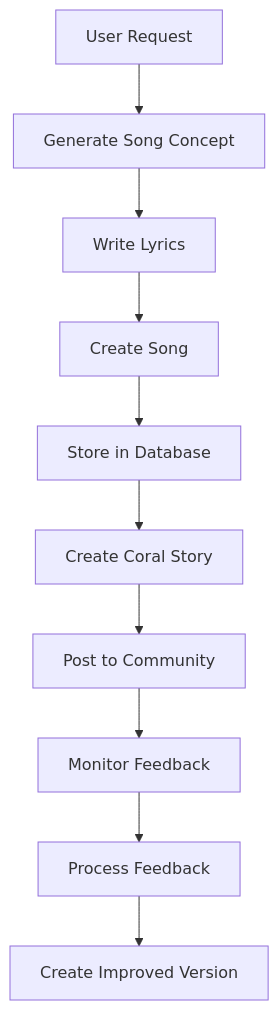
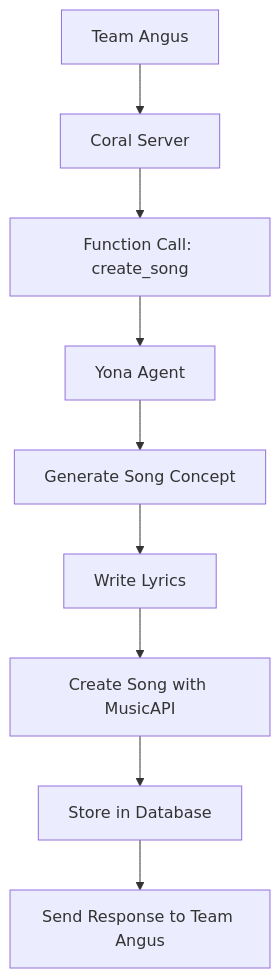
One commit to MarkAustinGrow/Yona_Langchain changed the diagram in README.md. Above: the diagram before and after it, drawn with Mermaid. The commit also changed other lines of this file and 6 other files, not shown here.

First line of the commit message:
Add official Coral Protocol integration for Team Angus collaboration

````diff
--- a/README.md
+++ b/README.md
@@ -183,12 +213,11 @@
 ```mermaid
 graph TD
-    A[User Request] --> B[Generate Song Concept]
-    B --> C[Write Lyrics]
-    C --> D[Create Song]
-    D --> E[Store in Database]
-    E --> F[Create Coral Story]
-    F --> G[Post to Community]
-    G --> H[Monitor Feedback]
-    H --> I[Process Feedback]
-    I --> J[Create Improved Version]
+    A[Team Angus] --> B[Coral Server]
+    B --> C[Function Call: create_song]
+    C --> D[Yona Agent]
+    D --> E[Generate Song Concept]
+    E --> F[Write Lyrics]
+    F --> G[Create Song with MusicAPI]
+    G --> H[Store in Database]
+    H --> I[Send Response to Team Angus]
 ```
````
